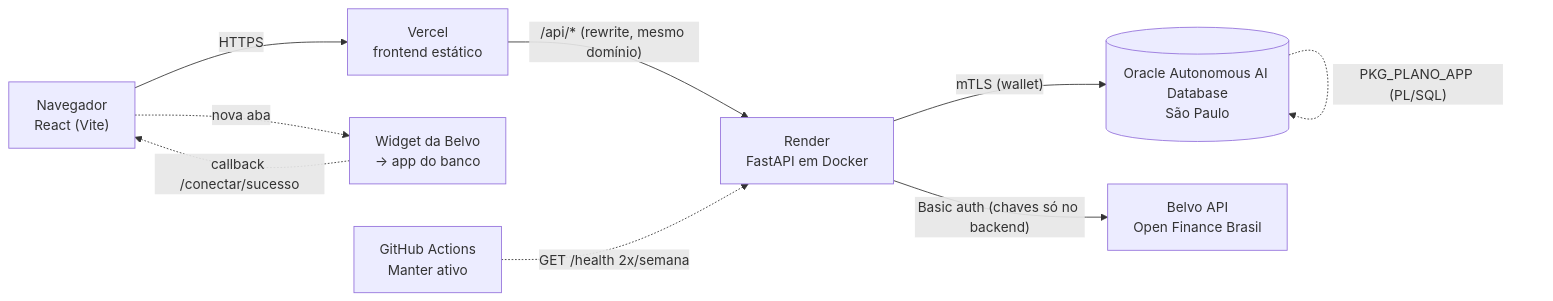
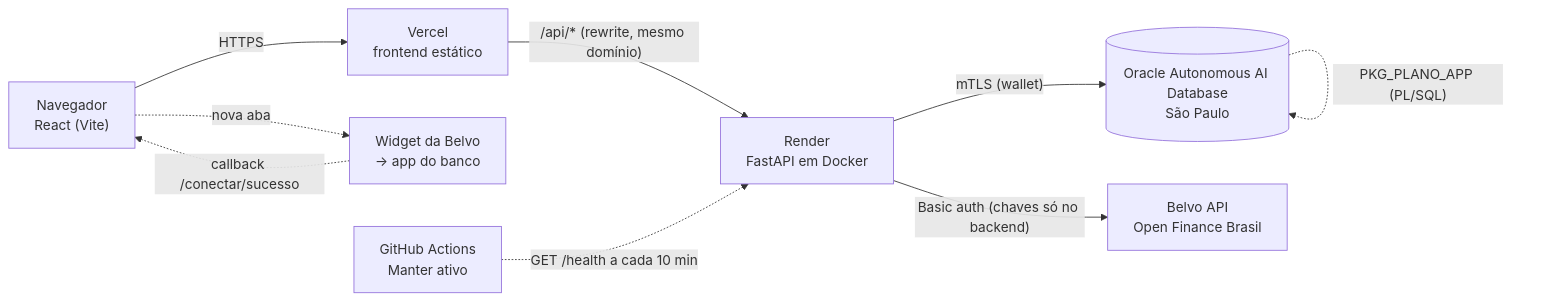
Before and after one commit to andrelambert/app-respira-startupone: the diagram in README.md, drawn with Mermaid. The commit also changed other lines of this file and 1 other file, not shown here.

First line of the commit message:
Manter ativo a cada 10 minutos: o Render gratuito não dorme mais

````diff
--- a/README.md
+++ b/README.md
@@ -262,11 +263,11 @@
 ```mermaid
 flowchart LR
     U["Navegador<br/>React (Vite)"] -- "HTTPS" --> V["Vercel<br/>frontend estático"]
     V -- "/api/* (rewrite, mesmo domínio)" --> R["Render<br/>FastAPI em Docker"]
     R -- "mTLS (wallet)" --> O[("Oracle Autonomous AI Database<br/>São Paulo")]
     O -. "PKG_PLANO_APP (PL/SQL)" .-> O
     R -- "Basic auth (chaves só no backend)" --> B["Belvo API<br/>Open Finance Brasil"]
     U -. "nova aba" .-> W["Widget da Belvo<br/>→ app do banco"]
     W -. "callback /conectar/sucesso" .-> U
-    G["GitHub Actions<br/>Manter ativo"] -. "GET /health 2x/semana" .-> R
+    G["GitHub Actions<br/>Manter ativo"] -. "GET /health a cada 10 min" .-> R
 ```
````
